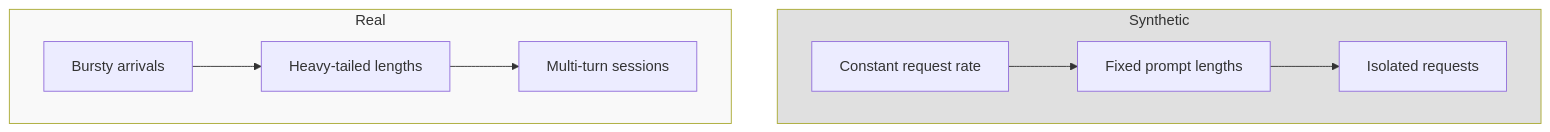
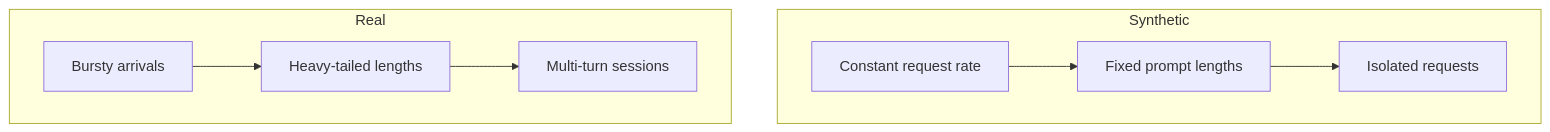
One commit to Shahriarin2garden/vllm_from_scratch changed the first of 50 diagrams in lab0.4/README.md. Above: the diagram before and after it, drawn with Mermaid. The commit also changed other lines of this file, not shown here.

Commit message:
Refactor diagrams in README.md for improved clarity and detail on memory allocation and scheduling concepts

````diff
--- a/lab0.4/README.md
+++ b/lab0.4/README.md
@@ -113,11 +113,9 @@
 ```mermaid
 graph TD
     subgraph Synthetic
         A1[Constant request rate] --> A2[Fixed prompt lengths] --> A3[Isolated requests]
     end
     subgraph Real
         B1[Bursty arrivals] --> B2[Heavy‑tailed lengths] --> B3[Multi‑turn sessions]
     end
-    style Synthetic fill:#e0e0e0
-    style Real fill:#f9f9f9
 ```
````
